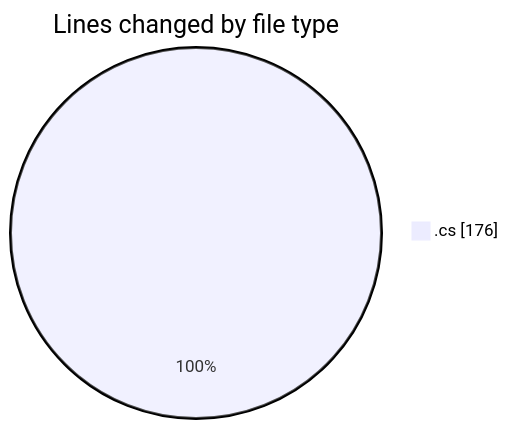
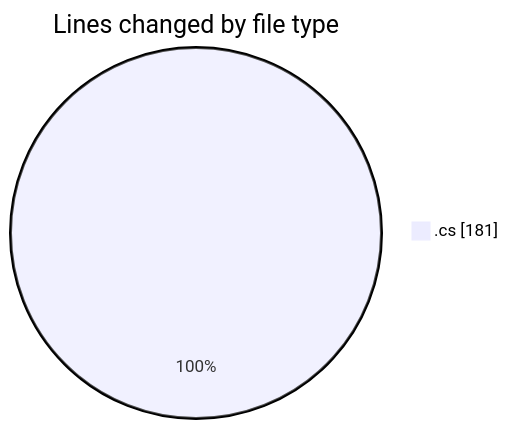
The first of 2 diagrams in 2025-04-01/back-end/README.md (Netris89/code-tracking), drawn with Mermaid before and after one commit. The commit also changed other lines of this file and 1 other file, not shown here.

````diff
--- a/2025-04-01/back-end/README.md
+++ b/2025-04-01/back-end/README.md
@@ -20,5 +20,5 @@
 ```mermaid
 pie showData
 title Lines changed by file type
-".cs" : 176
+".cs" : 181
 ```
````
